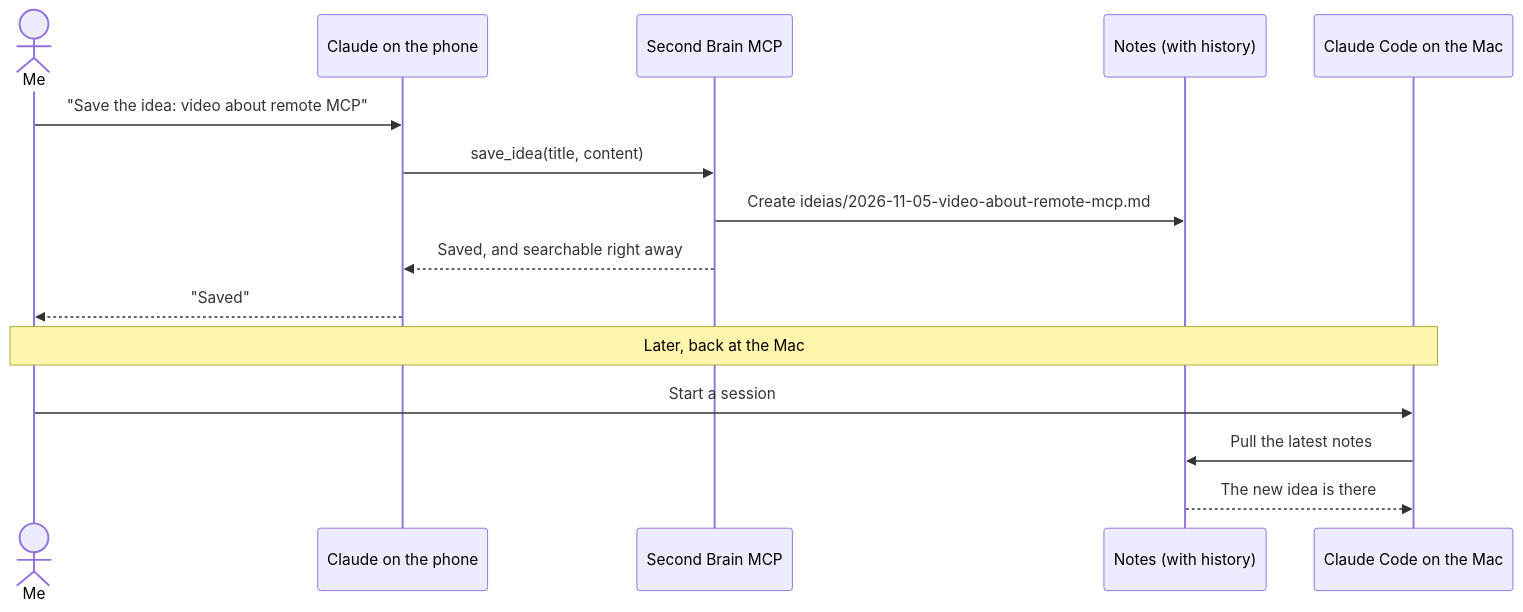
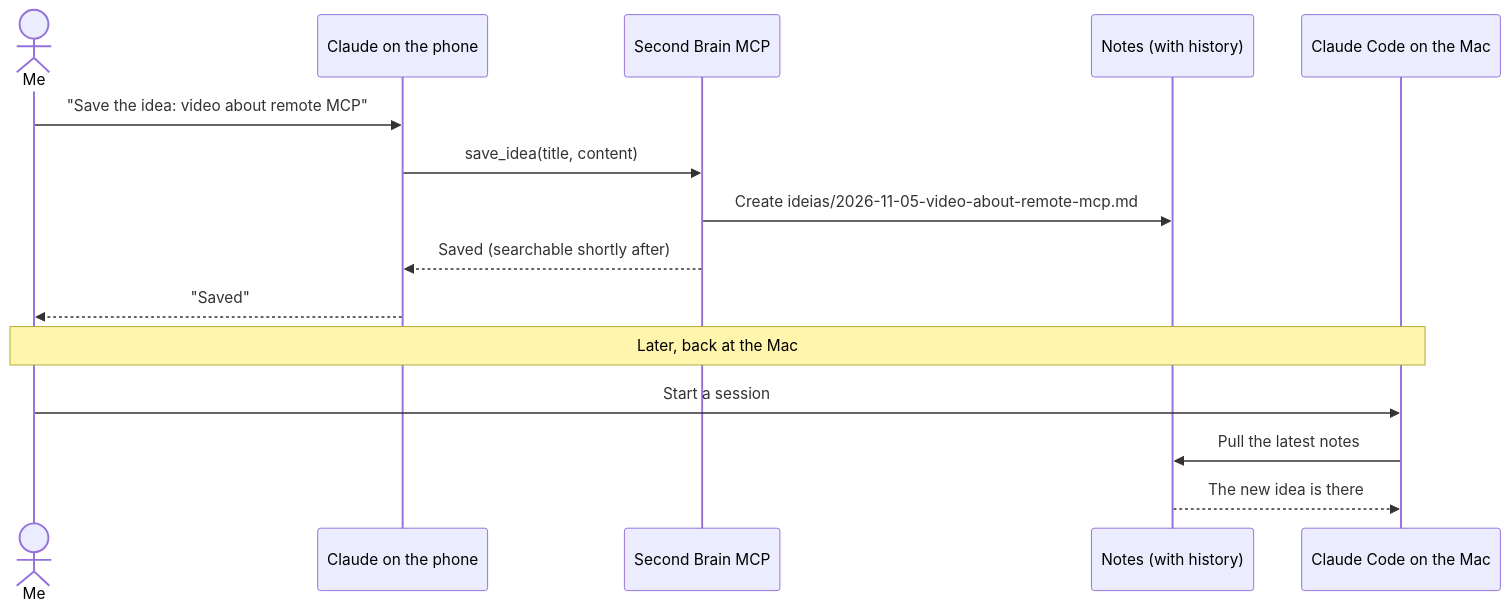
The second of 2 diagrams in docs/prd/v1.md (YudiG12/second-brain-mcp), drawn with Mermaid before and after one commit. The commit also changed other lines of this file and 1 other file, not shown here.

````diff
--- a/docs/prd/v1.md
+++ b/docs/prd/v1.md
@@ -68,18 +68,18 @@
 ```mermaid
 sequenceDiagram
     actor Me
     participant Phone as Claude on the phone
     participant MCP as Second Brain MCP
     participant Notes as Notes (with history)
     participant Mac as Claude Code on the Mac
 
     Me->>Phone: "Save the idea: video about remote MCP"
     Phone->>MCP: save_idea(title, content)
     MCP->>Notes: Create ideias/2026-11-05-video-about-remote-mcp.md
-    MCP-->>Phone: Saved, and searchable right away
+    MCP-->>Phone: Saved (searchable shortly after)
     Phone-->>Me: "Saved"
     Note over Me,Mac: Later, back at the Mac
     Me->>Mac: Start a session
     Mac->>Notes: Pull the latest notes
     Notes-->>Mac: The new idea is there
 ```
````
